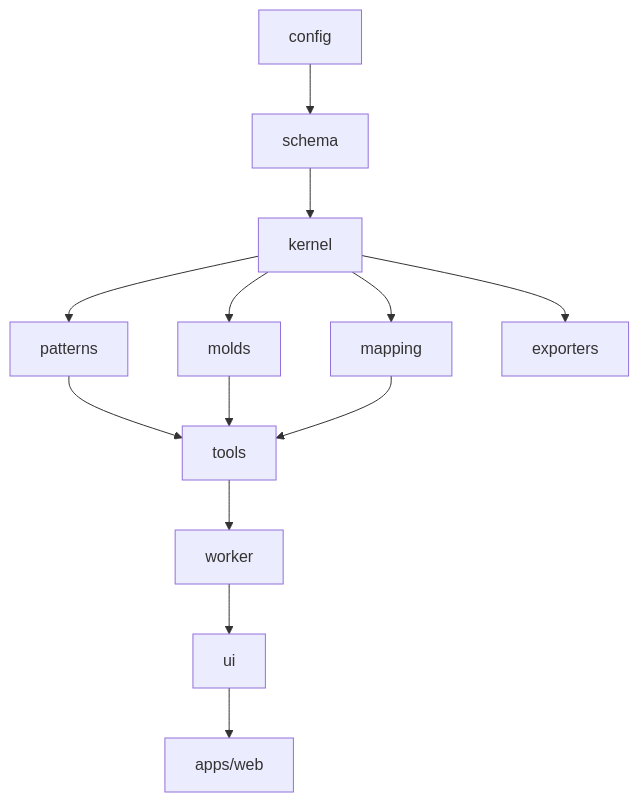
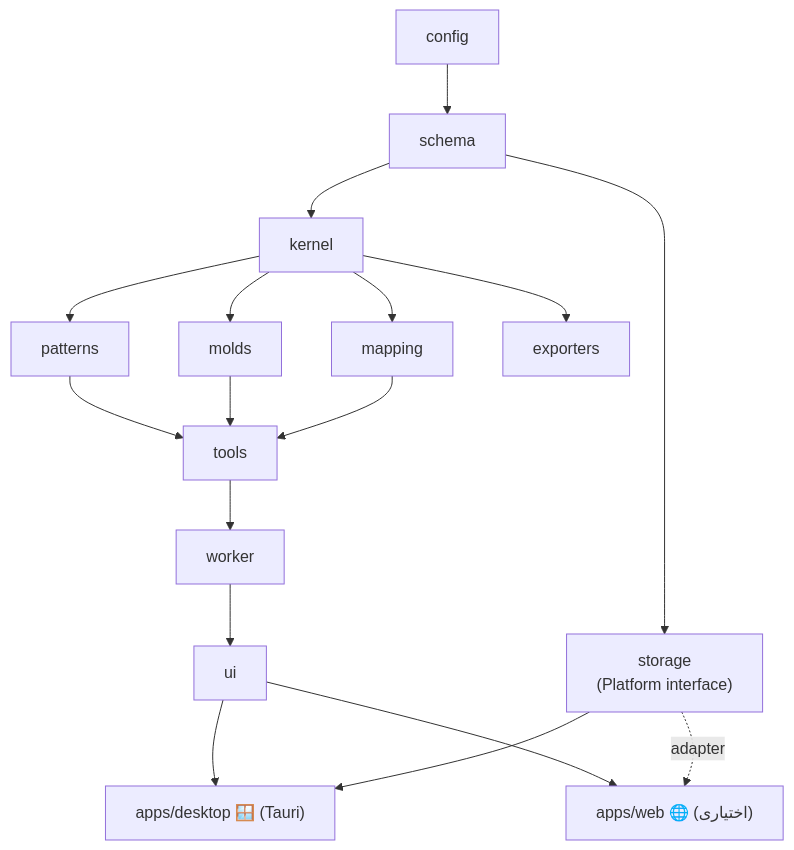
One commit to pranses2011/Sahand_Patturn changed the third of 3 diagrams in patturn-rebuild/03-ARCHITECTURE.md. Above: the diagram before and after it, drawn with Mermaid. The commit also changed other lines of this file and 7 other files, not shown here.

````diff
--- a/patturn-rebuild/03-ARCHITECTURE.md
+++ b/patturn-rebuild/03-ARCHITECTURE.md
@@ -154,15 +171,19 @@
 ```mermaid
 graph TD
     config["config"] --> schema["schema"]
     schema --> kernel["kernel"]
     kernel --> patterns["patterns"]
     kernel --> molds["molds"]
     kernel --> mapping["mapping"]
     patterns --> tools["tools"]
     molds --> tools
     mapping --> tools
     kernel --> exporters["exporters"]
+    schema --> storage["storage<br/>(Platform interface)"]
     tools --> worker["worker"]
     worker --> ui["ui"]
-    ui --> web["apps/web"]
+    ui --> desktop["apps/desktop 🪟 (Tauri)"]
+    ui --> web["apps/web 🌐 (اختیاری)"]
+    storage --> desktop
+    storage -.adapter.-> web
 ```
````
